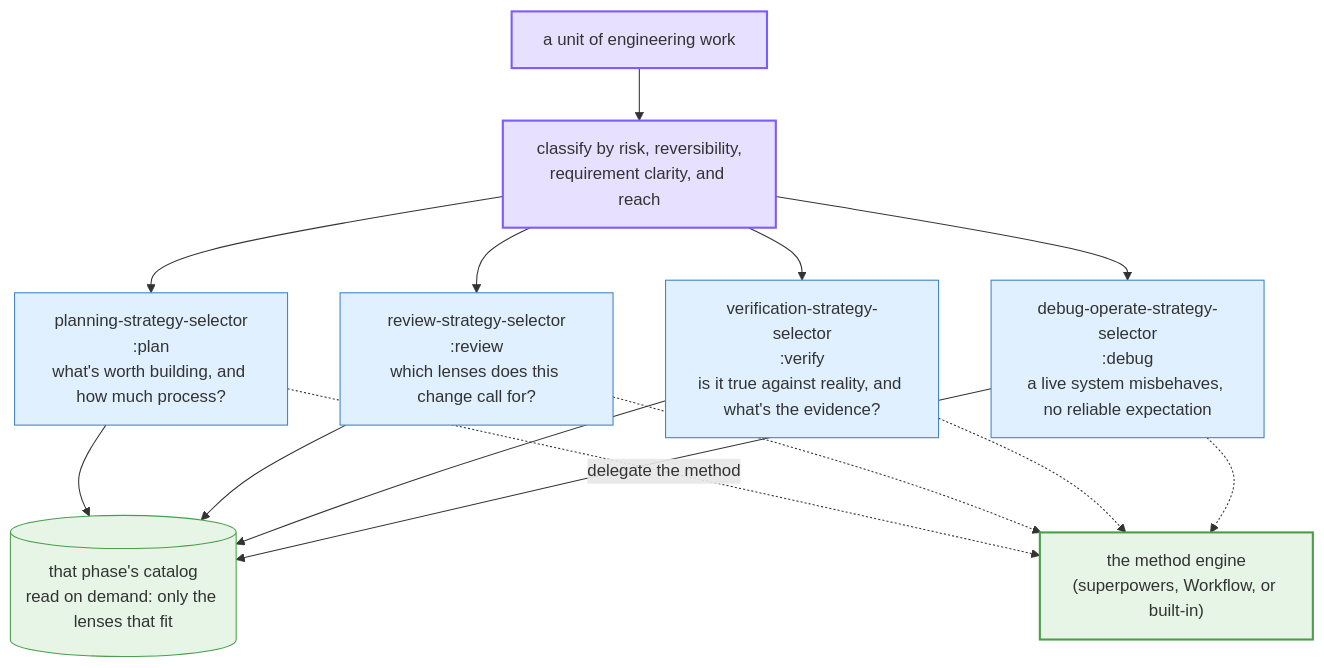
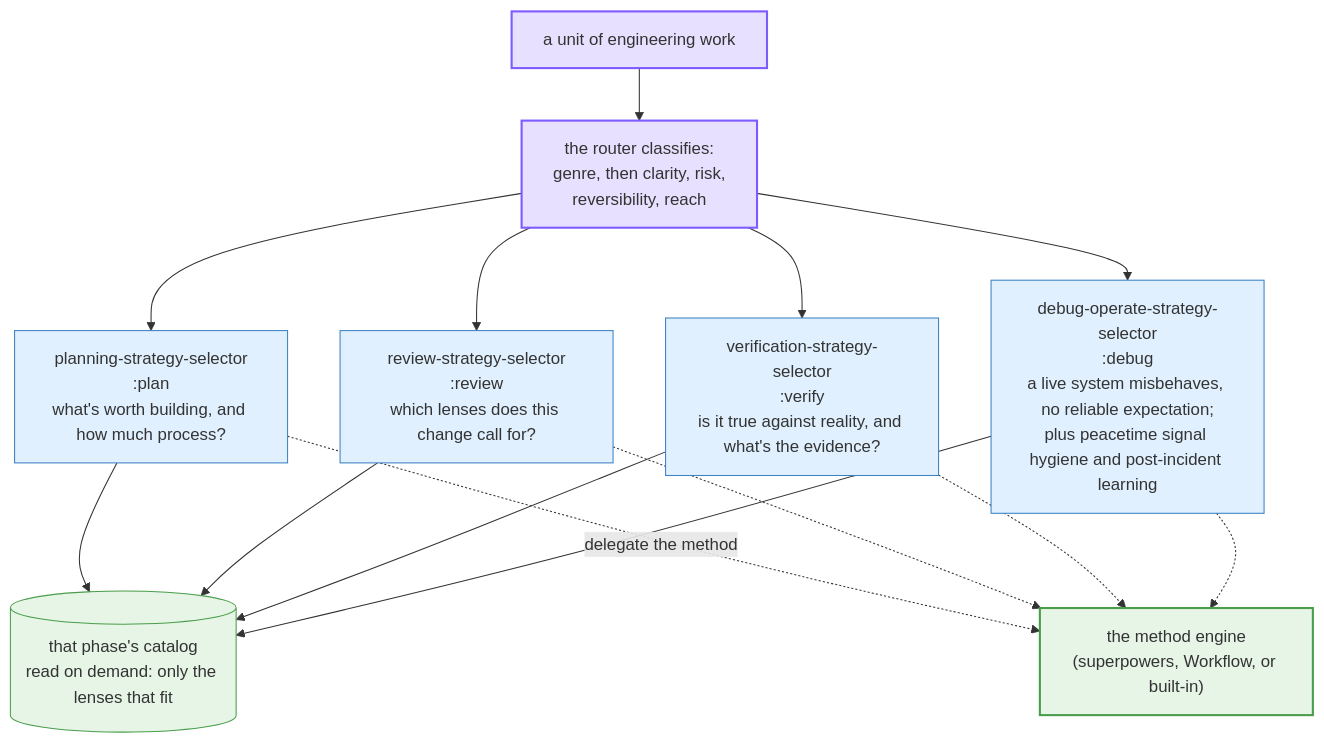
The first of 3 diagrams in docs/architecture-and-usage.md (lucasfugisawa/deliberate-engineering), drawn with Mermaid before and after one commit. The commit also changed other lines of this file and 33 other files, not shown here.

````diff
--- a/docs/architecture-and-usage.md
+++ b/docs/architecture-and-usage.md
@@ -20,34 +20,34 @@
 ```mermaid
 flowchart TD
     work["a unit of engineering work"]
-    axes["classify by risk, reversibility,<br/>requirement clarity, and reach"]
+    axes["the router classifies:<br/>genre, then clarity, risk,<br/>reversibility, reach"]
     plan["planning-strategy-selector<br/>:plan<br/>what's worth building, and how much process?"]
     review["review-strategy-selector<br/>:review<br/>which lenses does this change call for?"]
     verify["verification-strategy-selector<br/>:verify<br/>is it true against reality, and what's the evidence?"]
-    debug["debug-operate-strategy-selector<br/>:debug<br/>a live system misbehaves, no reliable expectation"]
+    debug["debug-operate-strategy-selector<br/>:debug<br/>a live system misbehaves, no reliable expectation;<br/>plus peacetime signal hygiene and post-incident learning"]
     catalog[("that phase's catalog<br/>read on demand: only the lenses that fit")]
     engine["the method engine<br/>(superpowers, Workflow, or built-in)"]
 
     work --> axes
     axes --> plan
     axes --> review
     axes --> verify
     axes --> debug
     plan --> catalog
     review --> catalog
     verify --> catalog
     debug --> catalog
     plan -.->|delegate the method| engine
     review -.-> engine
     verify -.-> engine
     debug -.-> engine
 
     classDef entry fill:#e8e0ff,stroke:#7c5cff,stroke-width:2px;
     classDef phase fill:#e0f0ff,stroke:#3b82c4,stroke-width:1px;
     classDef store fill:#e6f5e6,stroke:#4a9d4a,stroke-width:1px;
     classDef engine fill:#e6f5e6,stroke:#4a9d4a,stroke-width:2px;
     class work,axes entry
     class plan,review,verify,debug phase
     class catalog store
     class engine engine
 ```
````
